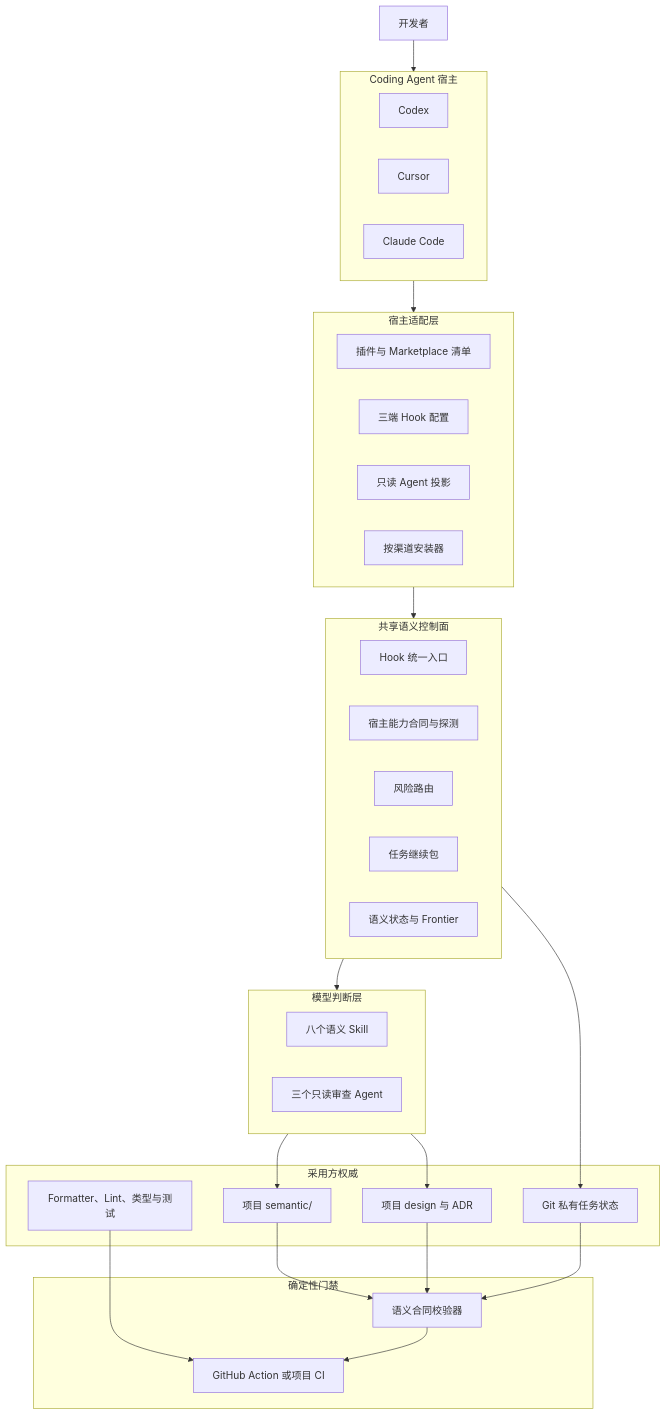
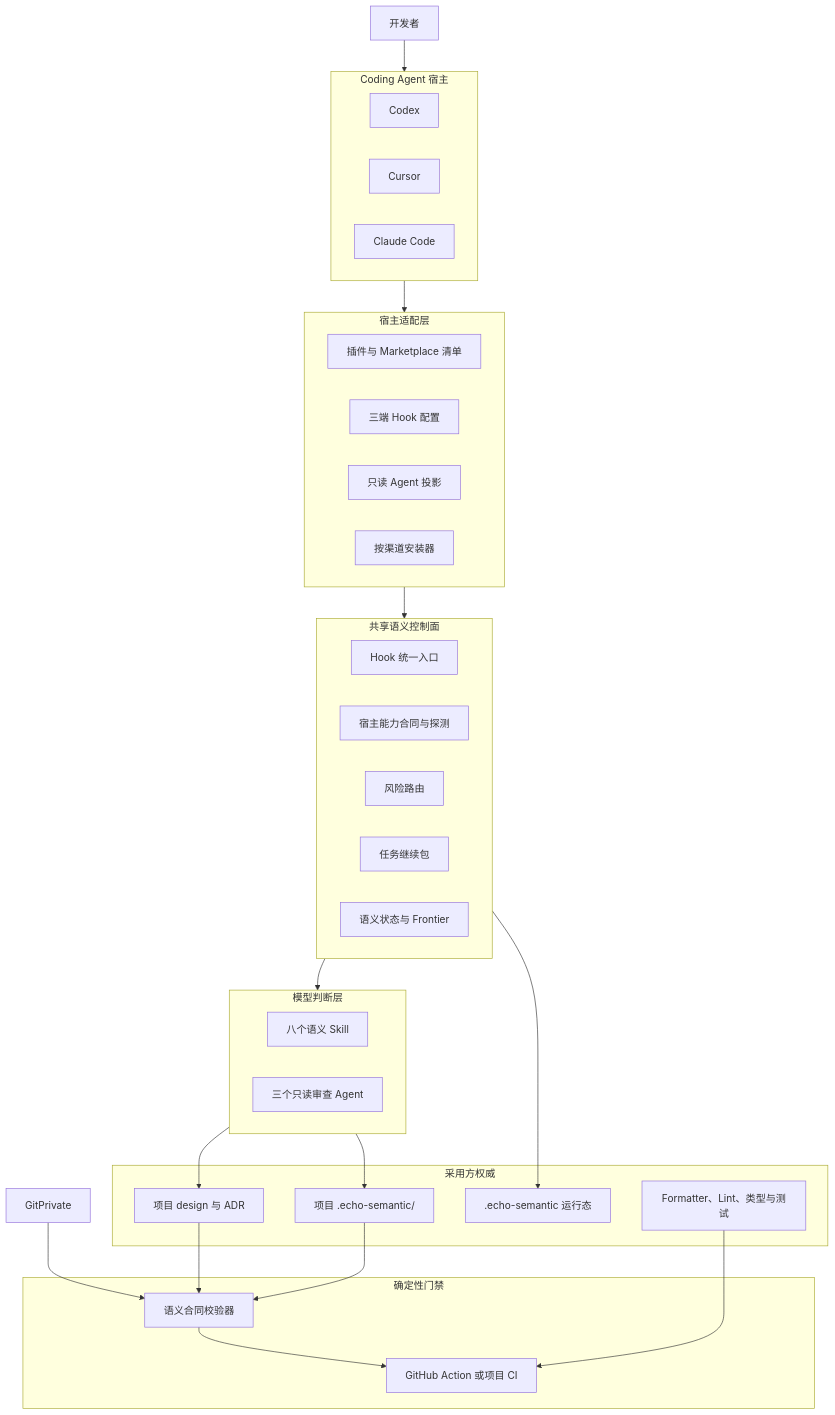
Before and after one commit to EchoYue-lp/echo-semantic: the first of 9 diagrams in docs/supreme/specs/plugin-architecture/design.md, drawn with Mermaid. The commit also changed other lines of this file and 57 other files, not shown here.

````diff
--- a/docs/supreme/specs/plugin-architecture/design.md
+++ b/docs/supreme/specs/plugin-architecture/design.md
@@ -60,55 +60,55 @@
 ```mermaid
 flowchart TB
   User[开发者]
 
   subgraph Hosts["Coding Agent 宿主"]
     Codex[Codex]
     Cursor[Cursor]
     Claude[Claude Code]
   end
 
   subgraph Adapters["宿主适配层"]
     Manifests[插件与 Marketplace 清单]
     HostHooks[三端 Hook 配置]
     HostAgents[只读 Agent 投影]
     Installer[按渠道安装器]
   end
 
   subgraph Control["共享语义控制面"]
     Entry[Hook 统一入口]
     Capability[宿主能力合同与探测]
     Router[风险路由]
     Continuation[任务继续包]
     Status[语义状态与 Frontier]
   end
 
   subgraph Judgment["模型判断层"]
     Skills[八个语义 Skill]
     Reviewers[三个只读审查 Agent]
   end
 
   subgraph Authorities["采用方权威"]
-    Semantic[项目 semantic/]
+    Semantic[项目 .echo-semantic/]
     Design[项目 design 与 ADR]
-    GitPrivate[Git 私有任务状态]
+    Runtime[.echo-semantic 运行态]
     Engineering[Formatter、Lint、类型与测试]
   end
 
   subgraph Gates["确定性门禁"]
     Verifier[语义合同校验器]
     Action[GitHub Action 或项目 CI]
   end
 
   User --> Hosts
   Hosts --> Adapters
   Adapters --> Control
   Control --> Judgment
   Judgment --> Semantic
   Judgment --> Design
-  Control --> GitPrivate
+  Control --> Runtime
   Semantic --> Verifier
   Design --> Verifier
   GitPrivate --> Verifier
   Engineering --> Action
   Verifier --> Action
 ```
````
